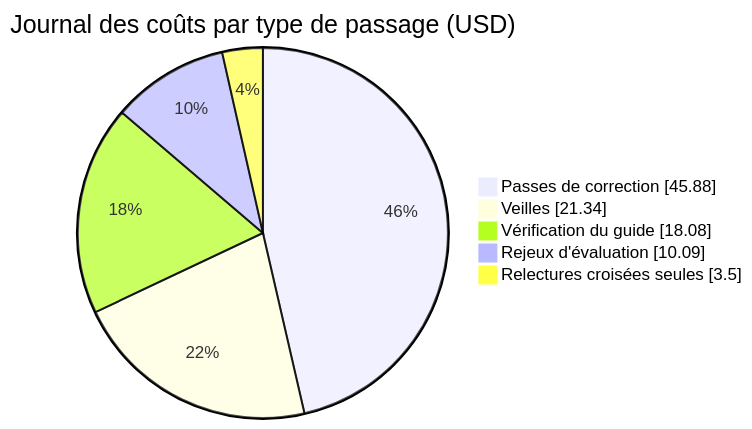
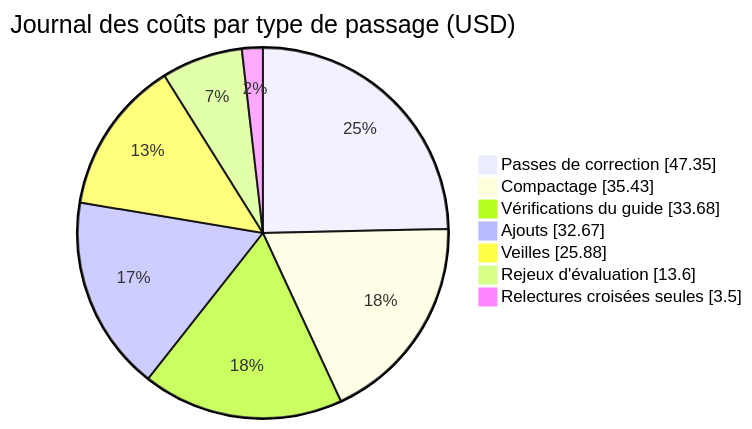
One commit to DamienBecherini/vault-watch-agent changed the fourth of 5 diagrams in docs/presentation.fr.md. Above: the diagram before and after it, drawn with Mermaid. The commit also changed other lines of this file and 27 other files, not shown here.

````diff
--- a/docs/presentation.fr.md
+++ b/docs/presentation.fr.md
@@ -140,9 +151,11 @@
 ```mermaid
 pie showData
   title Journal des coûts par type de passage (USD)
-  "Passes de correction" : 45.88
-  "Veilles" : 21.34
-  "Vérification du guide" : 18.08
-  "Rejeux d'évaluation" : 10.09
+  "Passes de correction" : 47.35
+  "Compactage" : 35.43
+  "Vérifications du guide" : 33.68
+  "Ajouts" : 32.67
+  "Veilles" : 25.88
+  "Rejeux d'évaluation" : 13.60
   "Relectures croisées seules" : 3.50
 ```
````
